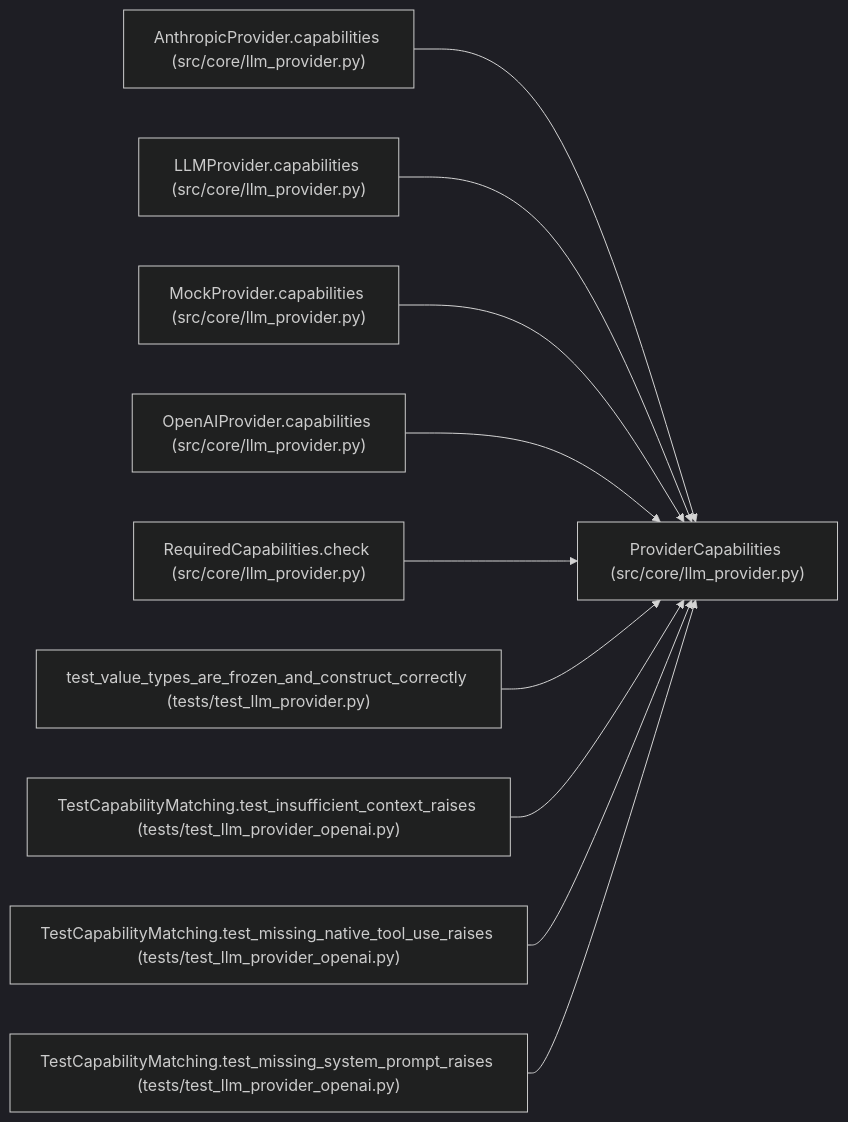
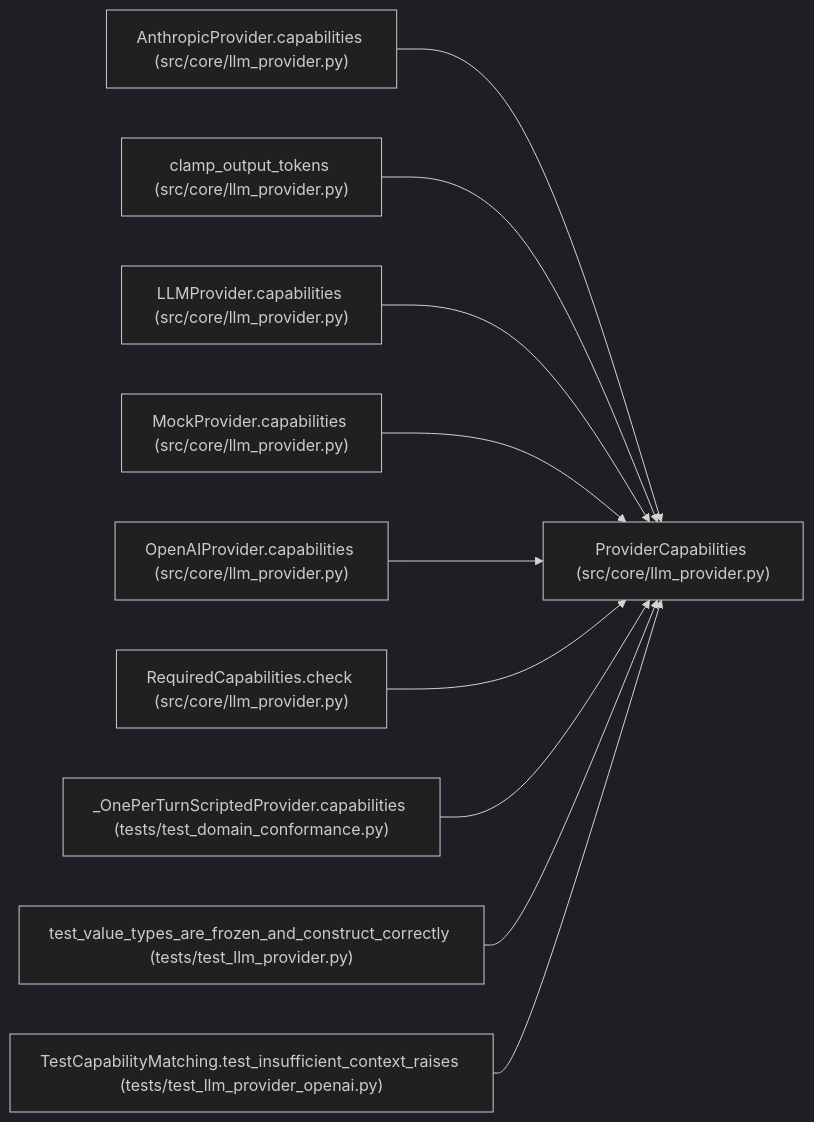
The diagram in docs/llm_wiki/entities/ProviderCapabilities.md (Denissvgn/autoresearch-agent), drawn with Mermaid (dark theme) before and after one commit. The commit also changed other lines of this file and 1033 other files, not shown here.

````diff
--- a/docs/llm_wiki/entities/ProviderCapabilities.md
+++ b/docs/llm_wiki/entities/ProviderCapabilities.md
@@ -34,32 +37,32 @@
 ```mermaid
 flowchart LR
     n0["ProviderCapabilities (src/core/llm_provider.py)"]
     n1["AnthropicProvider.capabilities (src/core/llm_provider.py)"]
-    n2["LLMProvider.capabilities (src/core/llm_provider.py)"]
-    n3["MockProvider.capabilities (src/core/llm_provider.py)"]
-    n4["OpenAIProvider.capabilities (src/core/llm_provider.py)"]
-    n5["RequiredCapabilities.check (src/core/llm_provider.py)"]
-    n6["test_value_types_are_frozen_and_construct_correctly (tests/test_llm_provider.py)"]
-    n7["TestCapabilityMatching.test_insufficient_context_raises (tests/test_llm_provider_openai.py)"]
-    n8["TestCapabilityMatching.test_missing_native_tool_use_raises (tests/test_llm_provider_openai.py)"]
-    n9["TestCapabilityMatching.test_missing_system_prompt_raises (tests/test_llm_provider_openai.py)"]
+    n2["clamp_output_tokens (src/core/llm_provider.py)"]
+    n3["LLMProvider.capabilities (src/core/llm_provider.py)"]
+    n4["MockProvider.capabilities (src/core/llm_provider.py)"]
+    n5["OpenAIProvider.capabilities (src/core/llm_provider.py)"]
+    n6["RequiredCapabilities.check (src/core/llm_provider.py)"]
+    n7["_OnePerTurnScriptedProvider.capabilities (tests/test_domain_conformance.py)"]
+    n8["test_value_types_are_frozen_and_construct_correctly (tests/test_llm_provider.py)"]
+    n9["TestCapabilityMatching.test_insufficient_context_raises (tests/test_llm_provider_openai.py)"]
     n1 --> n0
     n2 --> n0
     n3 --> n0
     n4 --> n0
     n5 --> n0
     n6 --> n0
     n7 --> n0
     n8 --> n0
     n9 --> n0
     click n0 "../modules/llm_provider.md"
     click n1 "../modules/llm_provider.md"
     click n2 "../modules/llm_provider.md"
     click n3 "../modules/llm_provider.md"
     click n4 "../modules/llm_provider.md"
     click n5 "../modules/llm_provider.md"
-    click n6 "../modules/test_llm_provider.md"
-    click n7 "../modules/test_llm_provider_openai.md"
-    click n8 "../modules/test_llm_provider_openai.md"
+    click n6 "../modules/llm_provider.md"
+    click n7 "../modules/test_domain_conformance.md"
+    click n8 "../modules/test_llm_provider.md"
     click n9 "../modules/test_llm_provider_openai.md"
 ```
````
